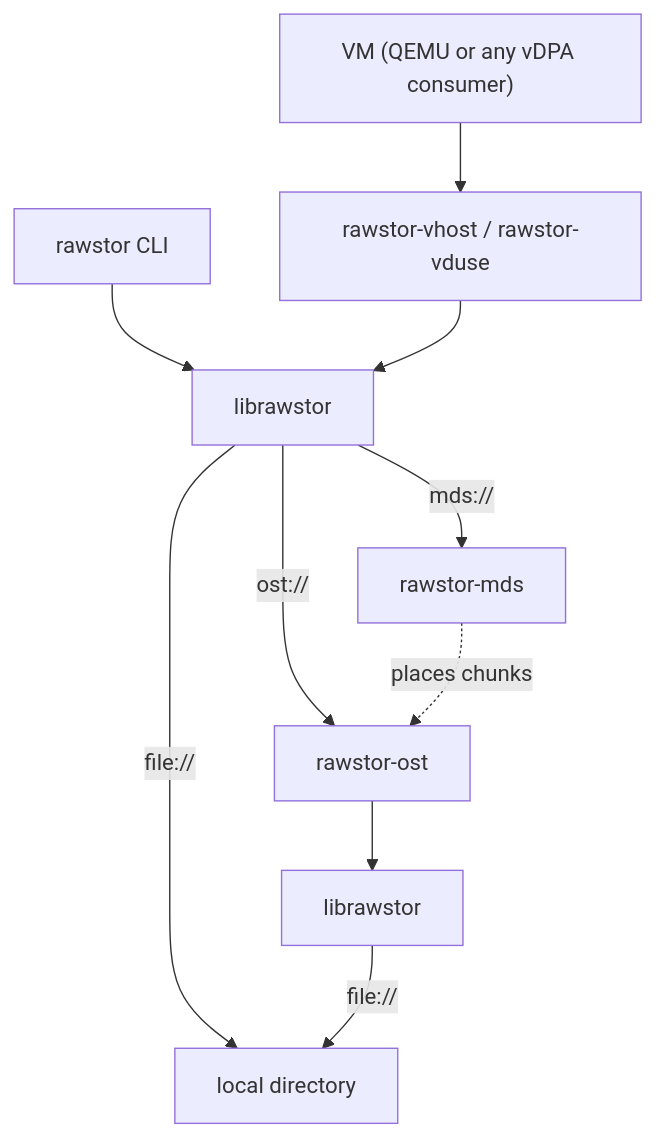
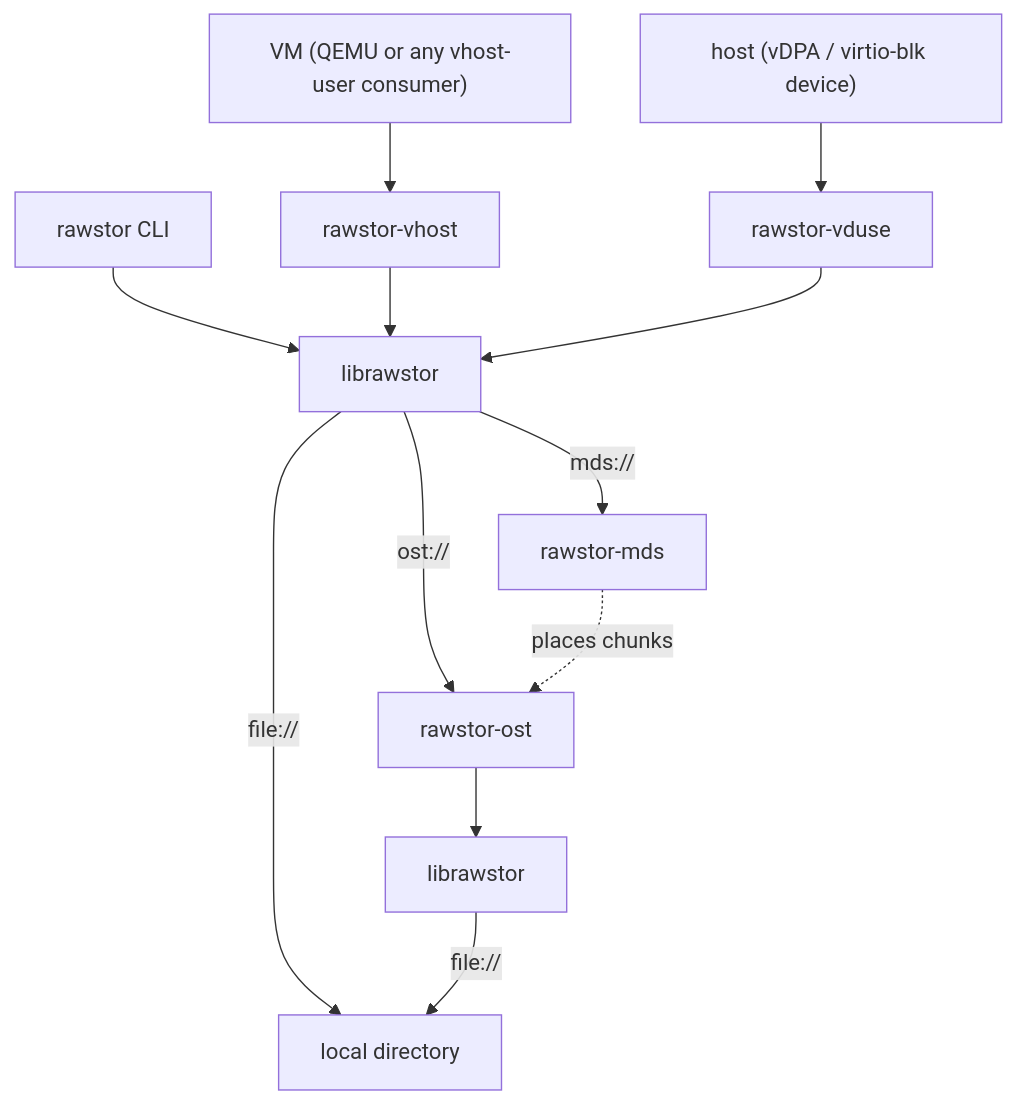
The diagram in docs/index.md (rawstor/librawstor), drawn with Mermaid before and after one commit.

Commit message:
docs: show rawstor-vduse as a separate block used by the host

````diff
--- a/docs/index.md
+++ b/docs/index.md
@@ -27,12 +27,14 @@
 ```mermaid
 flowchart TD
-    vm["VM (QEMU or any vDPA consumer)"] --> vhost["rawstor-vhost / rawstor-vduse"]
+    vm["VM (QEMU or any vhost-user consumer)"] --> vhost["rawstor-vhost"]
+    host["host (vDPA / virtio-blk device)"] --> vduse["rawstor-vduse"]
     cli["rawstor CLI"] --> lib["librawstor"]
     vhost --> lib
+    vduse --> lib
     lib -->|"mds://"| mds["rawstor-mds"]
     lib -->|"ost://"| ost1["rawstor-ost"]
     lib -->|"file://"| fs["local directory"]
     mds -. "places chunks" .-> ost1
     ost1 --> lib2["librawstor"]
     lib2 -->|"file://"| fs
 ```
````
